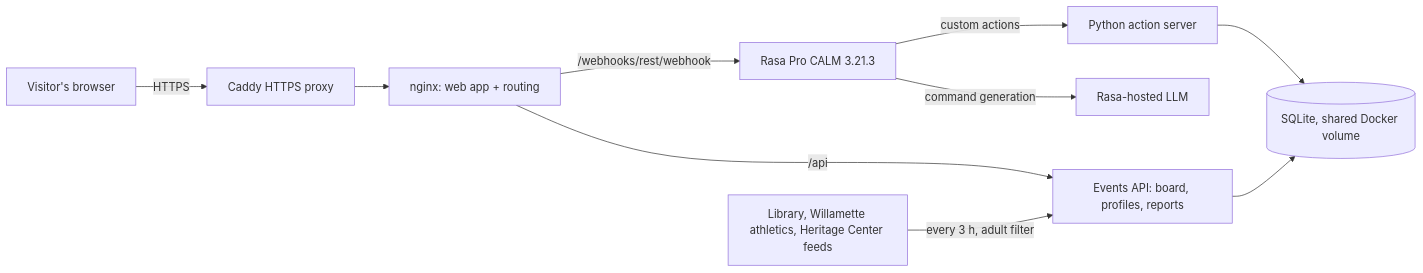
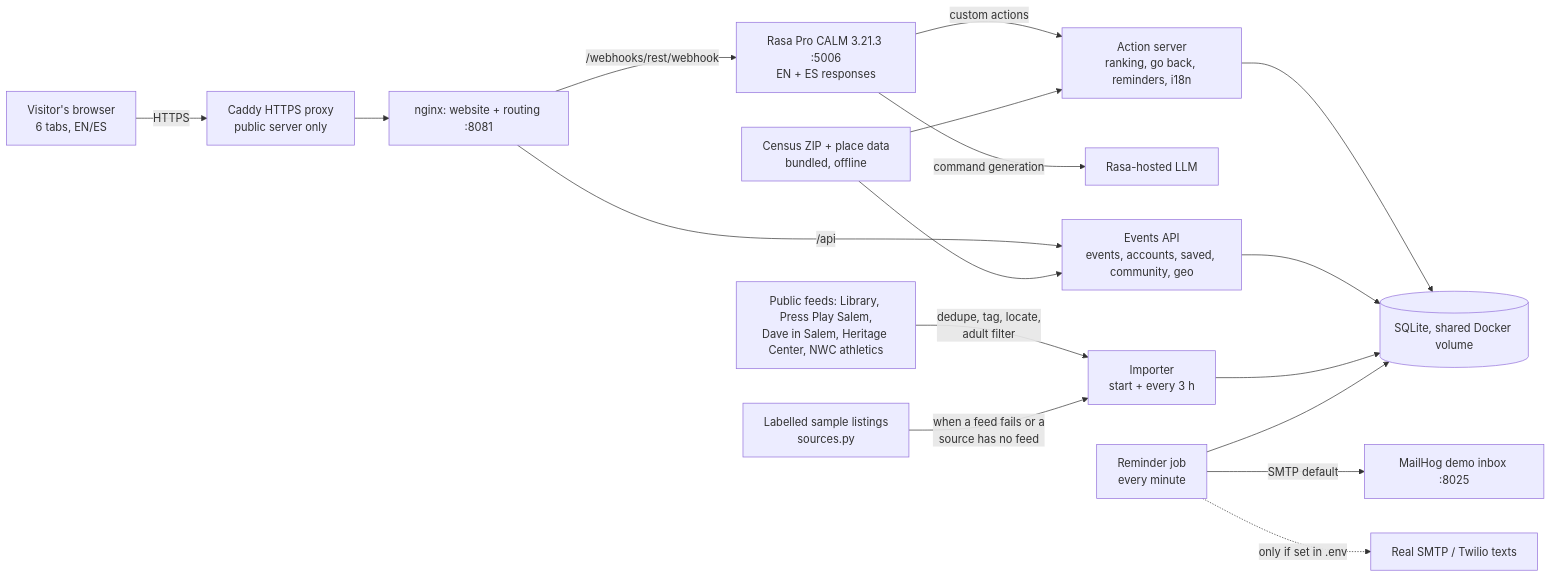
Before and after one commit to Sebdeisenhofer/Bloom: the first of 3 diagrams in docs/architecture.md, drawn with Mermaid. The commit also changed other lines of this file and 8 other files, not shown here.

````diff
--- a/docs/architecture.md
+++ b/docs/architecture.md
@@ -7,12 +7,19 @@
 ```mermaid
 flowchart LR
-    Person[Visitor's browser] -->|HTTPS| Caddy[Caddy HTTPS proxy]
-    Caddy --> Nginx[nginx: web app + routing]
-    Nginx -->|/webhooks/rest/webhook| Rasa[Rasa Pro CALM 3.21.3]
-    Nginx -->|/api| EventsAPI[Events API: board, profiles, reports]
+    Person[Visitor's browser<br/>6 tabs, EN/ES] -->|HTTPS| Caddy[Caddy HTTPS proxy<br/>public server only]
+    Caddy --> Nginx[nginx: website + routing :8081]
+    Nginx -->|/webhooks/rest/webhook| Rasa[Rasa Pro CALM 3.21.3 :5006<br/>EN + ES responses]
+    Nginx -->|/api| EventsAPI[Events API<br/>events, accounts, saved, community, geo]
     Rasa -->|command generation| LLM[Rasa-hosted LLM]
-    Rasa -->|custom actions| Actions[Python action server]
+    Rasa -->|custom actions| Actions[Action server<br/>ranking, go back, reminders, i18n]
     Actions --> SQLite[(SQLite, shared Docker volume)]
     EventsAPI --> SQLite
-    Feeds[Library, Willamette athletics, Heritage Center feeds] -->|every 3 h, adult filter| EventsAPI
+    Importer[Importer<br/>start + every 3 h] --> SQLite
+    Feeds[Public feeds: Library, Press Play Salem,<br/>Dave in Salem, Heritage Center, NWC athletics] -->|dedupe, tag, locate,<br/>adult filter| Importer
+    Samples[Labelled sample listings<br/>sources.py] -->|when a feed fails or a<br/>source has no feed| Importer
+    Reminders[Reminder job<br/>every minute] --> SQLite
+    Reminders -->|SMTP default| MailHog[MailHog demo inbox :8025]
+    Reminders -.->|only if set in .env| Real[Real SMTP / Twilio texts]
+    Geo[Census ZIP + place data<br/>bundled, offline] --> EventsAPI
+    Geo --> Actions
 ```
````
